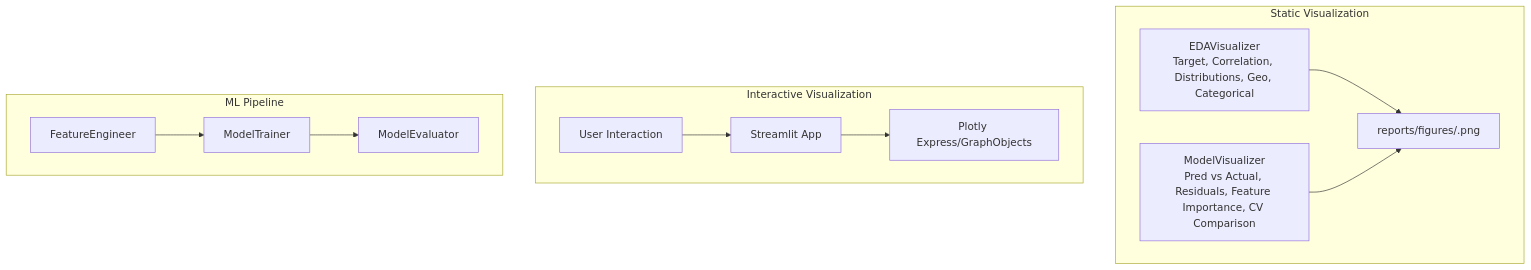
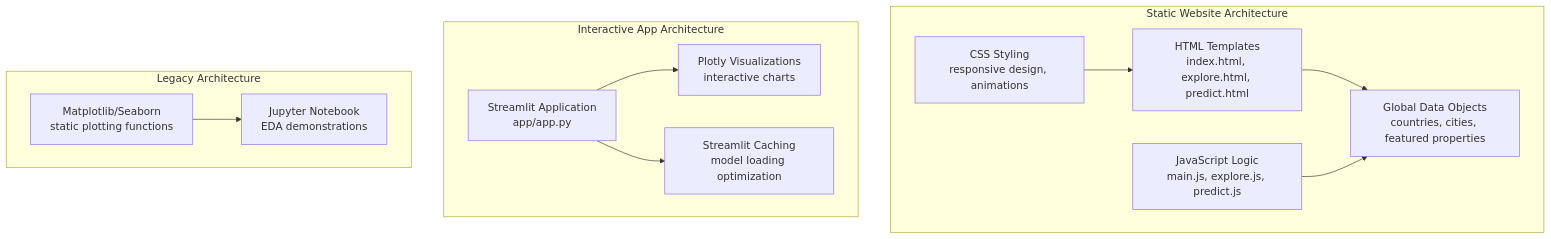
The second of 3 diagrams in .qoder/repowiki/en/content/Visualization and Analysis.md (tashkirrr/housing-price-prediction), drawn with Mermaid before and after one commit. The commit also changed other lines of this file and 9 other files, not shown here.

First line of the commit message:
refactor(docs): restructure docs for static website deployment

````diff
--- a/.qoder/repowiki/en/content/Visualization and Analysis.md
+++ b/.qoder/repowiki/en/content/Visualization and Analysis.md
@@ -96,24 +128,24 @@
 ```mermaid
 graph TB
-subgraph "Static Visualization"
-EV["EDAVisualizer<br/>Target, Correlation, Distributions, Geo, Categorical"]
-MV["ModelVisualizer<br/>Pred vs Actual, Residuals, Feature Importance, CV Comparison"]
-OUT["reports/figures/<filename>.png"]
+subgraph "Static Website Architecture"
+HTML["HTML Templates<br/>index.html, explore.html, predict.html"]
+CSS["CSS Styling<br/>responsive design, animations"]
+JS["JavaScript Logic<br/>main.js, explore.js, predict.js"]
+DATA["Global Data Objects<br/>countries, cities, featured properties"]
 end
-subgraph "Interactive Visualization"
-SA["Streamlit App"]
-PLE["Plotly Express/GraphObjects"]
-UI["User Interaction"]
+subgraph "Interactive App Architecture"
+STREAMLIT["Streamlit Application<br/>app/app.py"]
+PLOTLY["Plotly Visualizations<br/>interactive charts"]
+CACHE["Streamlit Caching<br/>model loading optimization"]
 end
-subgraph "ML Pipeline"
-TR["ModelTrainer"]
-EVL["ModelEvaluator"]
-FE["FeatureEngineer"]
+subgraph "Legacy Architecture"
+MATPLOTLIB["Matplotlib/Seaborn<br/>static plotting functions"]
+NOTEBOOK["Jupyter Notebook<br/>EDA demonstrations"]
 end
-EV --> OUT
-MV --> OUT
-TR --> EVL
-FE --> TR
-SA --> PLE
-UI --> SA
+HTML --> DATA
+CSS --> HTML
+JS --> DATA
+STREAMLIT --> PLOTLY
+STREAMLIT --> CACHE
+MATPLOTLIB --> NOTEBOOK
 ```
````
